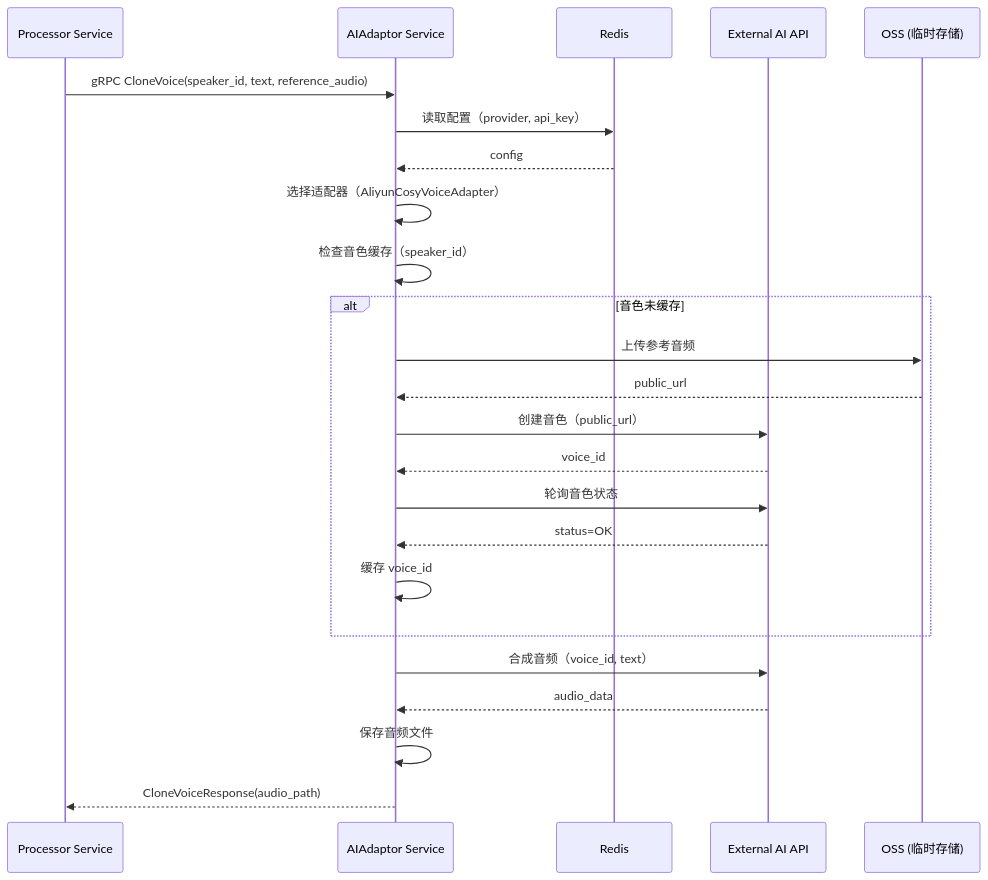
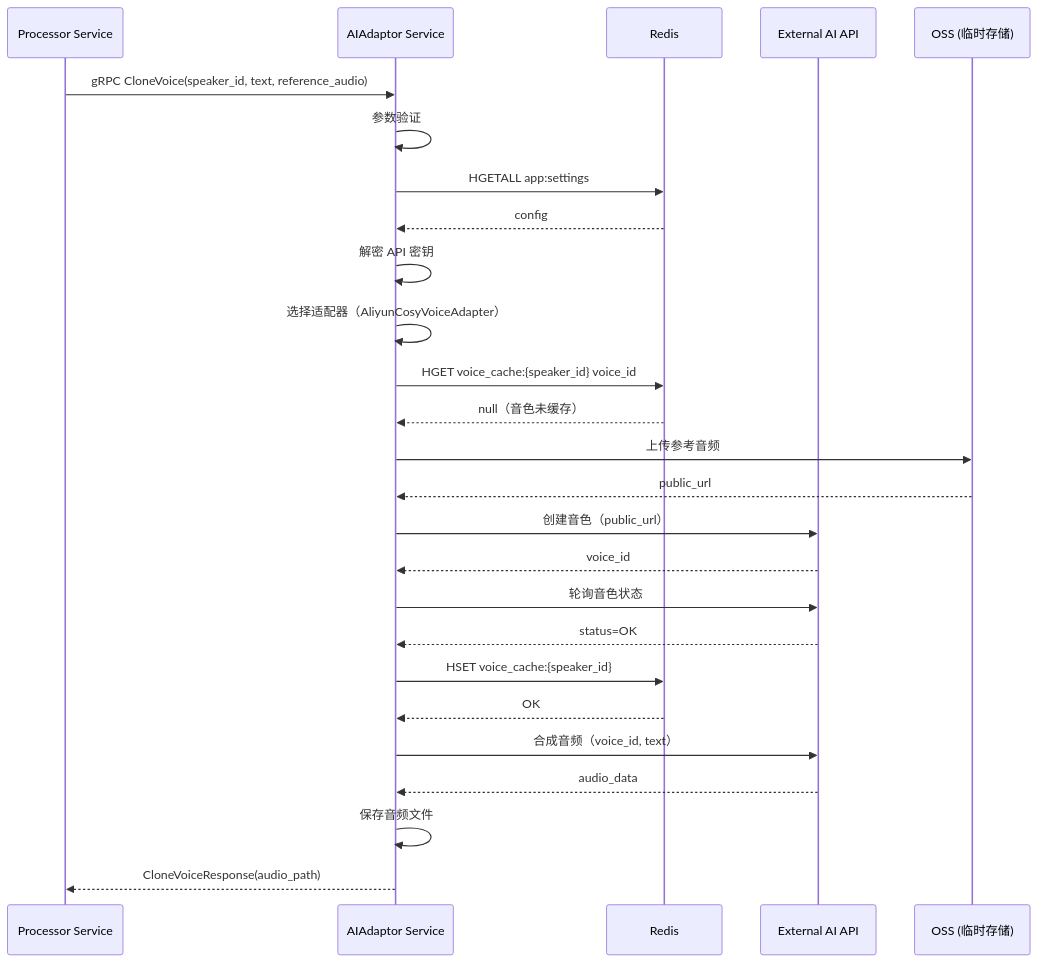
The first of 4 diagrams in notes/AIAdaptor-design.md (AoManoh/Video-In-Chinese), drawn with Mermaid before and after one commit. The commit also changed other lines of this file, not shown here.

````diff
--- a/notes/AIAdaptor-design.md
+++ b/notes/AIAdaptor-design.md
@@ -240,27 +987,29 @@
 ```mermaid
 sequenceDiagram
     participant P as Processor Service
     participant A as AIAdaptor Service
     participant R as Redis
     participant E as External AI API
     participant O as OSS (临时存储)
 
     P->>A: gRPC CloneVoice(speaker_id, text, reference_audio)
-    A->>R: 读取配置（provider, api_key）
+    A->>A: 参数验证
+    A->>R: HGETALL app:settings
     R-->>A: config
+    A->>A: 解密 API 密钥
     A->>A: 选择适配器（AliyunCosyVoiceAdapter）
-    A->>A: 检查音色缓存（speaker_id）
-    alt 音色未缓存
-        A->>O: 上传参考音频
-        O-->>A: public_url
-        A->>E: 创建音色（public_url）
-        E-->>A: voice_id
-        A->>E: 轮询音色状态
-        E-->>A: status=OK
-        A->>A: 缓存 voice_id
-    end
+    A->>R: HGET voice_cache:{speaker_id} voice_id
+    R-->>A: null（音色未缓存）
+    A->>O: 上传参考音频
+    O-->>A: public_url
+    A->>E: 创建音色（public_url）
+    E-->>A: voice_id
+    A->>E: 轮询音色状态
+    E-->>A: status=OK
+    A->>R: HSET voice_cache:{speaker_id}
+    R-->>A: OK
     A->>E: 合成音频（voice_id, text）
     E-->>A: audio_data
     A->>A: 保存音频文件
     A-->>P: CloneVoiceResponse(audio_path)
 ```
````
